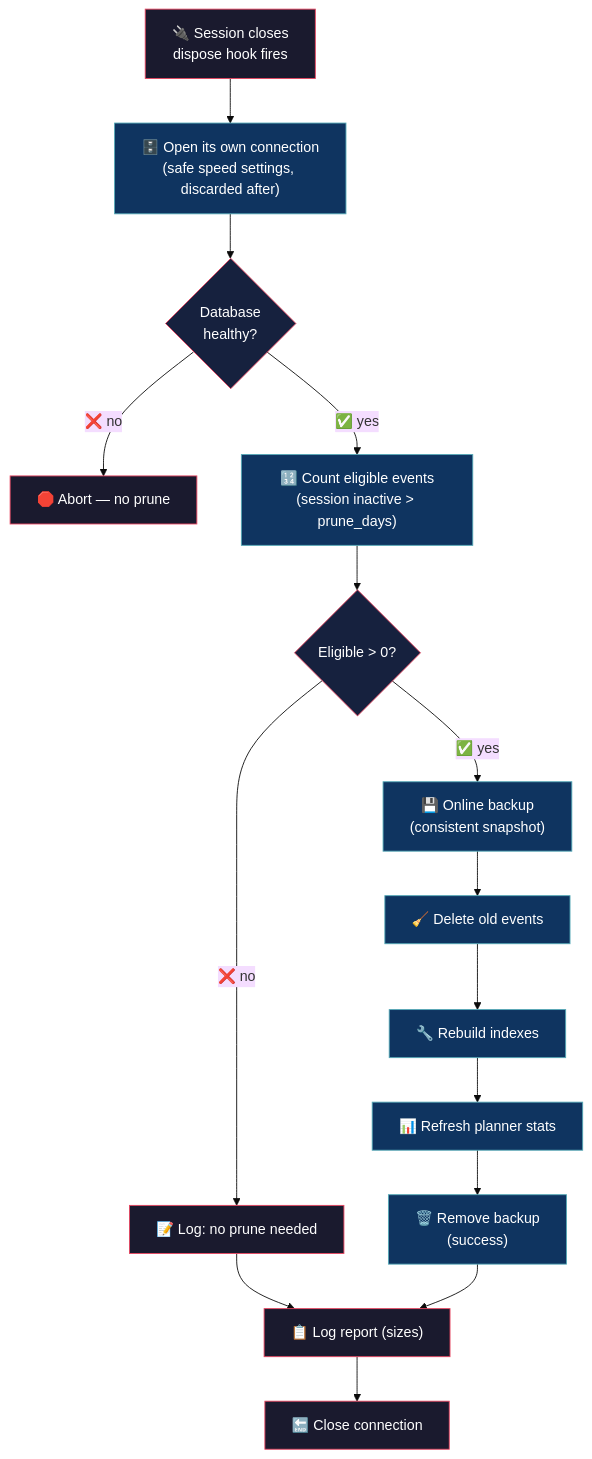
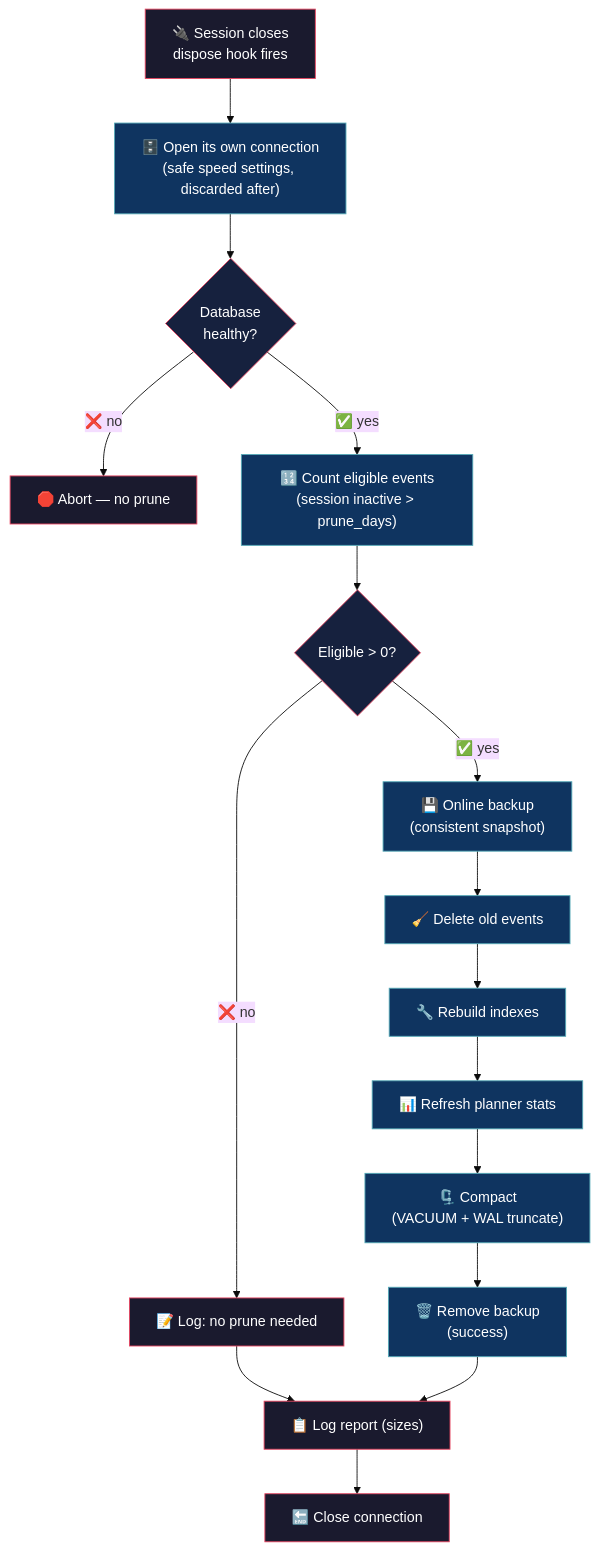
One commit to alejo54dev/opencode-db-prunetor changed the diagram in README.md. Above: the diagram before and after it, drawn with Mermaid (base theme). The commit also changed other lines of this file and 1 other file, not shown here.

First line of the commit message:
feat: reclaim disk space after prune (VACUUM + wal_checkpoint TRUNCATE)

````diff
--- a/README.md
+++ b/README.md
@@ -33,33 +33,35 @@
 ```mermaid
 flowchart TD
     A["🔌 Session closes<br/>dispose hook fires"]
     A --> B["🗄️ Open its own connection<br/>(safe speed settings, discarded after)"]
     B --> C{"Database<br/>healthy?"}
     C -->|"❌ no"| Z["🛑 Abort — no prune"]
     C -->|"✅ yes"| D["🔢 Count eligible events<br/>(session inactive > prune_days)"]
     D --> E{"Eligible > 0?"}
     E -->|"❌ no"| R["📝 Log: no prune needed"]
     E -->|"✅ yes"| F["💾 Online backup<br/>(consistent snapshot)"]
     F --> G["🧹 Delete old events"]
     G --> H["🔧 Rebuild indexes"]
     H --> I["📊 Refresh planner stats"]
-    I --> L["🗑️ Remove backup<br/>(success)"]
+    I --> M["🗜️ Compact<br/>(VACUUM + WAL truncate)"]
+    M --> L["🗑️ Remove backup<br/>(success)"]
     R --> J["📋 Log report (sizes)"]
     L --> J
     J --> K["🔚 Close connection"]
 
     style A fill:#1a1a2e,stroke:#e94560,color:#fff
     style B fill:#0f3460,stroke:#53a8b6,color:#fff
     style C fill:#16213e,stroke:#e94560,color:#fff
     style D fill:#0f3460,stroke:#53a8b6,color:#fff
     style E fill:#16213e,stroke:#e94560,color:#fff
     style F fill:#0f3460,stroke:#53a8b6,color:#fff
     style G fill:#0f3460,stroke:#53a8b6,color:#fff
     style H fill:#0f3460,stroke:#53a8b6,color:#fff
     style I fill:#0f3460,stroke:#53a8b6,color:#fff
+    style M fill:#0f3460,stroke:#53a8b6,color:#fff
     style L fill:#0f3460,stroke:#53a8b6,color:#fff
     style J fill:#1a1a2e,stroke:#e94560,color:#fff
     style K fill:#1a1a2e,stroke:#e94560,color:#fff
     style R fill:#1a1a2e,stroke:#e94560,color:#fff
     style Z fill:#1a1a2e,stroke:#e94560,color:#fff
 ```
````
